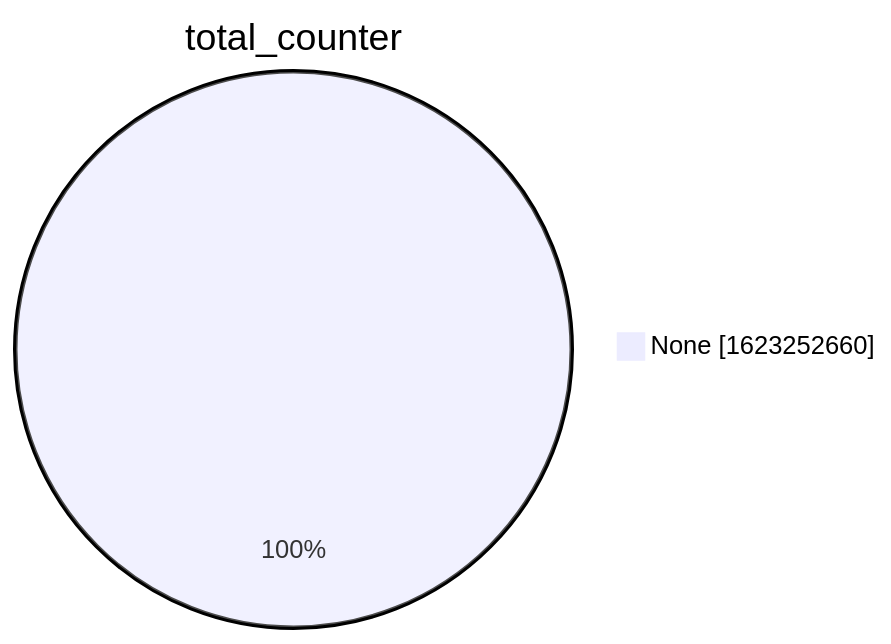
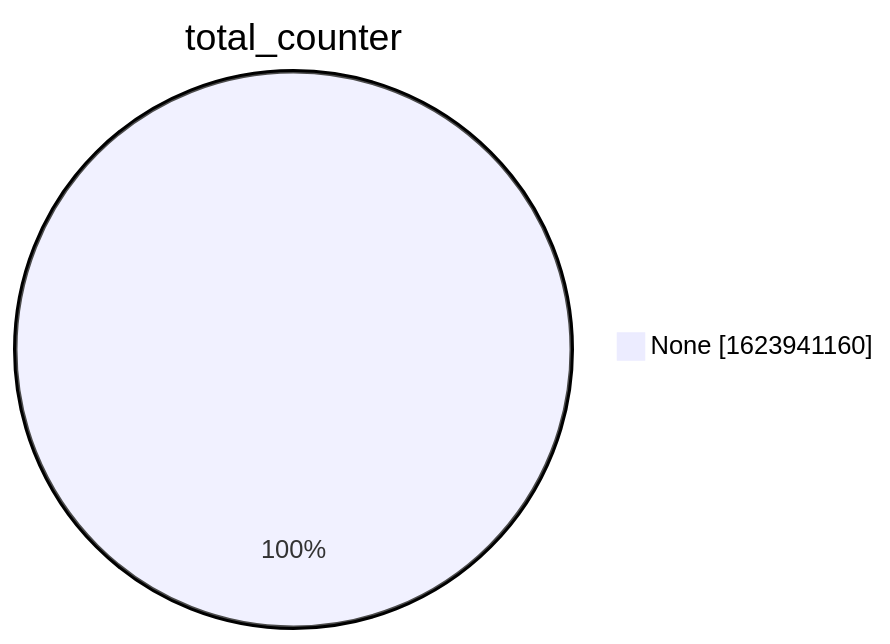
Before and after one commit to christiankrug/ctmonitor_visualization: the second of 15 diagrams in xenon2022/README.md, drawn with Mermaid. The commit also changed other lines of this file, not shown here.

````diff
--- a/xenon2022/README.md
+++ b/xenon2022/README.md
@@ -9,5 +9,5 @@
 ```mermaid
 pie showData
 title total_counter
-"None" :1623252660
+"None" :1623941160
 ```
````
